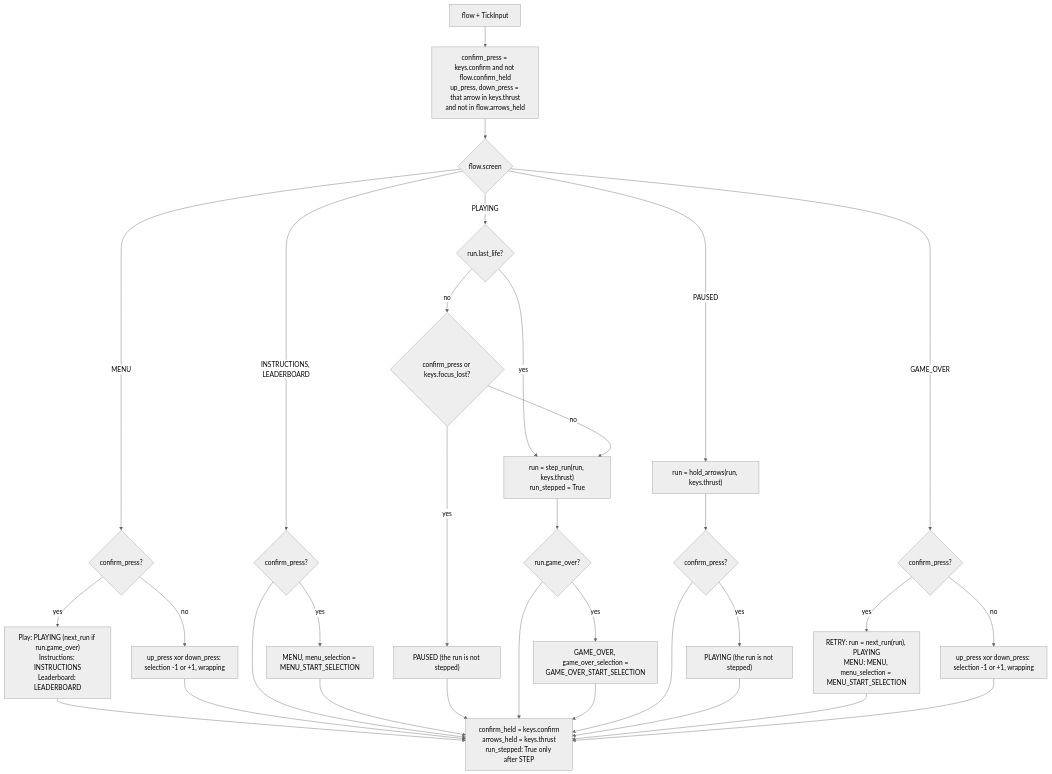
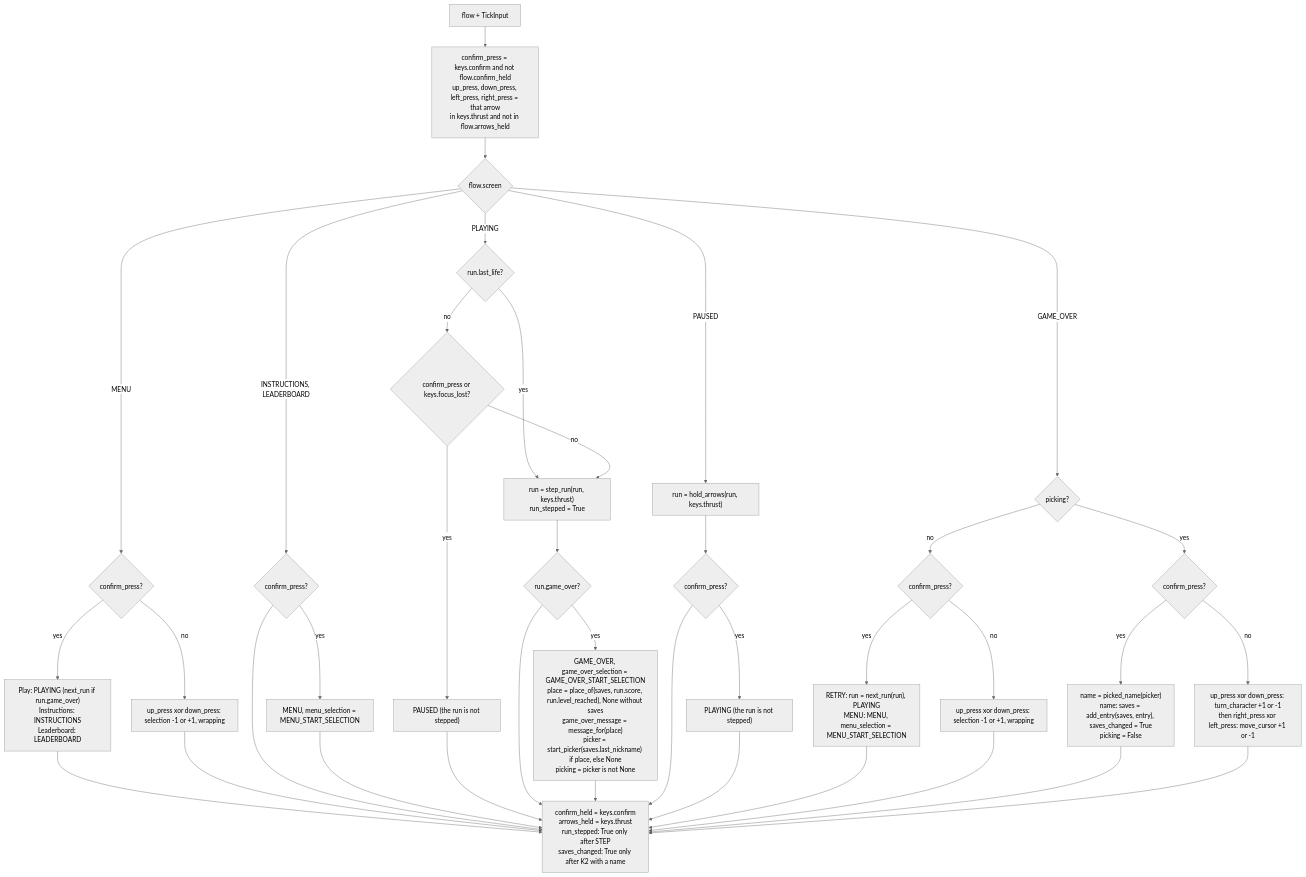
One commit to david-mntl/driftward-ace changed the second of 2 diagrams in docs/contracts/systems/game-flow.md. Above: the diagram before and after it, drawn with Mermaid (neutral theme). The commit also changed other lines of this file and 21 other files, not shown here.

````diff
--- a/docs/contracts/systems/game-flow.md
+++ b/docs/contracts/systems/game-flow.md
@@ -37,23 +40,27 @@
 ```mermaid
 flowchart TD
-  IN["flow + TickInput"] --> PR["confirm_press = keys.confirm and not flow.confirm_held<br/>up_press, down_press = that arrow in keys.thrust<br/>and not in flow.arrows_held"]
+  IN["flow + TickInput"] --> PR["confirm_press = keys.confirm and not flow.confirm_held<br/>up_press, down_press, left_press, right_press = that arrow<br/>in keys.thrust and not in flow.arrows_held"]
   PR --> S{"flow.screen"}
   S -- MENU --> M1{"confirm_press?"}
   M1 -- yes --> M2["Play: PLAYING (next_run if run.game_over)<br/>Instructions: INSTRUCTIONS<br/>Leaderboard: LEADERBOARD"]
   M1 -- no --> M3["up_press xor down_press: selection -1 or +1, wrapping"]
   S -- "INSTRUCTIONS, LEADERBOARD" --> P1{"confirm_press?"}
   P1 -- yes --> P2["MENU, menu_selection = MENU_START_SELECTION"]
   S -- PLAYING --> L1{"run.last_life?"}
   L1 -- yes --> STEP["run = step_run(run, keys.thrust)<br/>run_stepped = True"]
   L1 -- no --> L2{"confirm_press or keys.focus_lost?"}
   L2 -- yes --> PAUSE["PAUSED (the run is not stepped)"]
   L2 -- no --> STEP
   STEP --> GO{"run.game_over?"}
-  GO -- yes --> GO2["GAME_OVER, game_over_selection =<br/>GAME_OVER_START_SELECTION"]
+  GO -- yes --> GO2["GAME_OVER, game_over_selection = GAME_OVER_START_SELECTION<br/>place = place_of(saves, run.score, run.level_reached), None without saves<br/>game_over_message = message_for(place)<br/>picker = start_picker(saves.last_nickname) if place, else None<br/>picking = picker is not None"]
   S -- PAUSED --> Q1["run = hold_arrows(run, keys.thrust)"] --> Q2{"confirm_press?"}
   Q2 -- yes --> Q3["PLAYING (the run is not stepped)"]
-  S -- GAME_OVER --> G1{"confirm_press?"}
+  S -- GAME_OVER --> PK{"picking?"}
+  PK -- yes --> K1{"confirm_press?"}
+  K1 -- yes --> K2["name = picked_name(picker)<br/>name: saves = add_entry(saves, entry), saves_changed = True<br/>picking = False"]
+  K1 -- no --> K3["up_press xor down_press: turn_character +1 or -1<br/>then right_press xor left_press: move_cursor +1 or -1"]
+  PK -- no --> G1{"confirm_press?"}
   G1 -- yes --> G2["RETRY: run = next_run(run), PLAYING<br/>MENU: MENU, menu_selection = MENU_START_SELECTION"]
   G1 -- no --> G3["up_press xor down_press: selection -1 or +1, wrapping"]
-  M2 & M3 & P1 & P2 & PAUSE & GO & GO2 & Q2 & Q3 & G2 & G3 --> OUT["confirm_held = keys.confirm<br/>arrows_held = keys.thrust<br/>run_stepped: True only after STEP"]
+  M2 & M3 & P1 & P2 & PAUSE & GO & GO2 & Q2 & Q3 & G2 & G3 & K2 & K3 --> OUT["confirm_held = keys.confirm<br/>arrows_held = keys.thrust<br/>run_stepped: True only after STEP<br/>saves_changed: True only after K2 with a name"]
 ```
````
